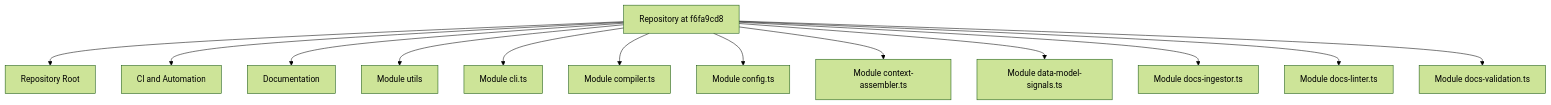
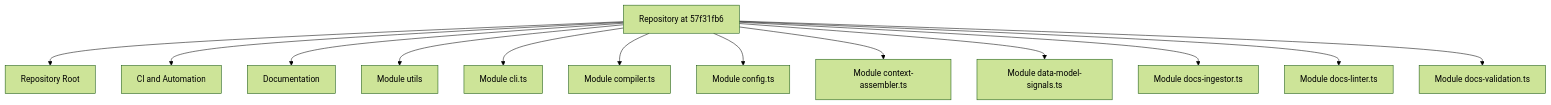
Before and after one commit to mfittko/repo-wiki: the diagram in smoke/pr-52/Architecture.md, drawn with Mermaid (forest theme). The commit also changed other lines of this file and 43 other files, not shown here.

````diff
--- a/smoke/pr-52/Architecture.md
+++ b/smoke/pr-52/Architecture.md
@@ -14,16 +14,16 @@
 ```mermaid
 flowchart TD
-  Repo[Repository at f6fa9cd8]
+  Repo[Repository at 57f31fb6]
   Repo --> M0[Repository Root]
   Repo --> M1[CI and Automation]
   Repo --> M2[Documentation]
   Repo --> M3[Module utils]
   Repo --> M4[Module cli.ts]
   Repo --> M5[Module compiler.ts]
   Repo --> M6[Module config.ts]
   Repo --> M7[Module context-assembler.ts]
   Repo --> M8[Module data-model-signals.ts]
   Repo --> M9[Module docs-ingestor.ts]
   Repo --> M10[Module docs-linter.ts]
   Repo --> M11[Module docs-validation.ts]
 ```
````
